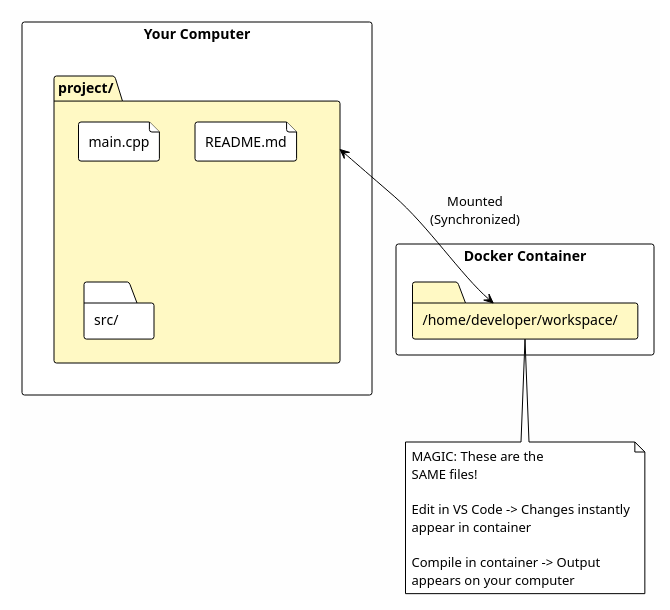
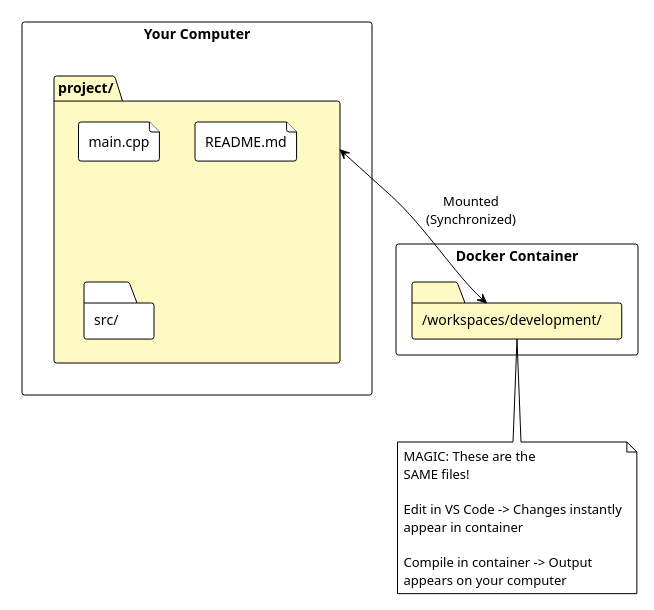
Before and after one commit to karthik-dev-82/system-notes: the eighth of 13 diagrams in docs/source/docker_dev_environment.rst, drawn with PlantUML. The commit also changed other lines of this file and 6 other files, not shown here.

```diff
--- a/docs/source/docker_dev_environment.rst
+++ b/docs/source/docker_dev_environment.rst
@@ -482,29 +486,29 @@
 .. uml::
 
    !theme plain
    skinparam backgroundColor #FEFEFE
    rectangle "Your Computer" as host {
      folder "project/" as host_project #FFF9C4 {
        file "main.cpp"
        file "README.md"
        folder "src/"
      }
    }
    rectangle "Docker Container" as container {
-     folder "/home/developer/workspace/" as container_workspace #FFF9C4 {
+     folder "/workspaces/development/" as container_workspace #FFF9C4 {
        file "main.cpp"
        file "README.md"
        folder "src/"
      }
    }
    host_project <-down-> container_workspace : "Mounted\n(Synchronized)"
    note bottom of container_workspace
      MAGIC: These are the
      SAME files!
 
      Edit in VS Code -> Changes instantly
      appear in container
 
      Compile in container -> Output
      appears on your computer
    end note
```
